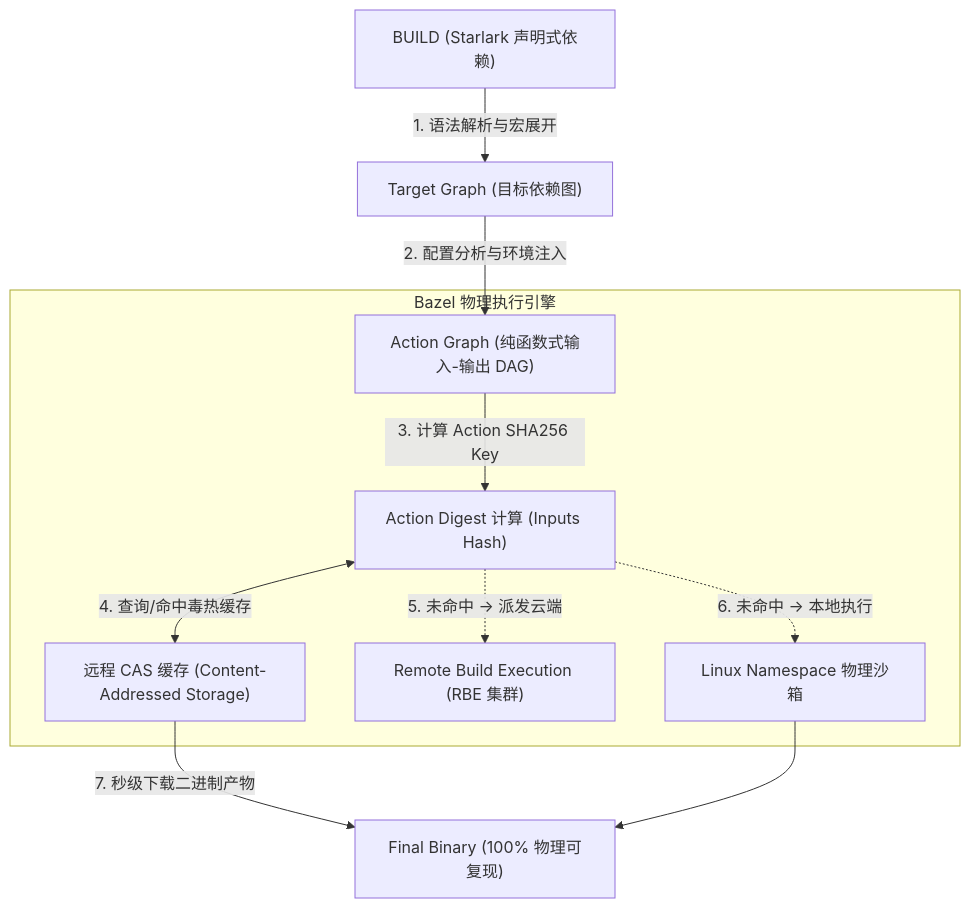
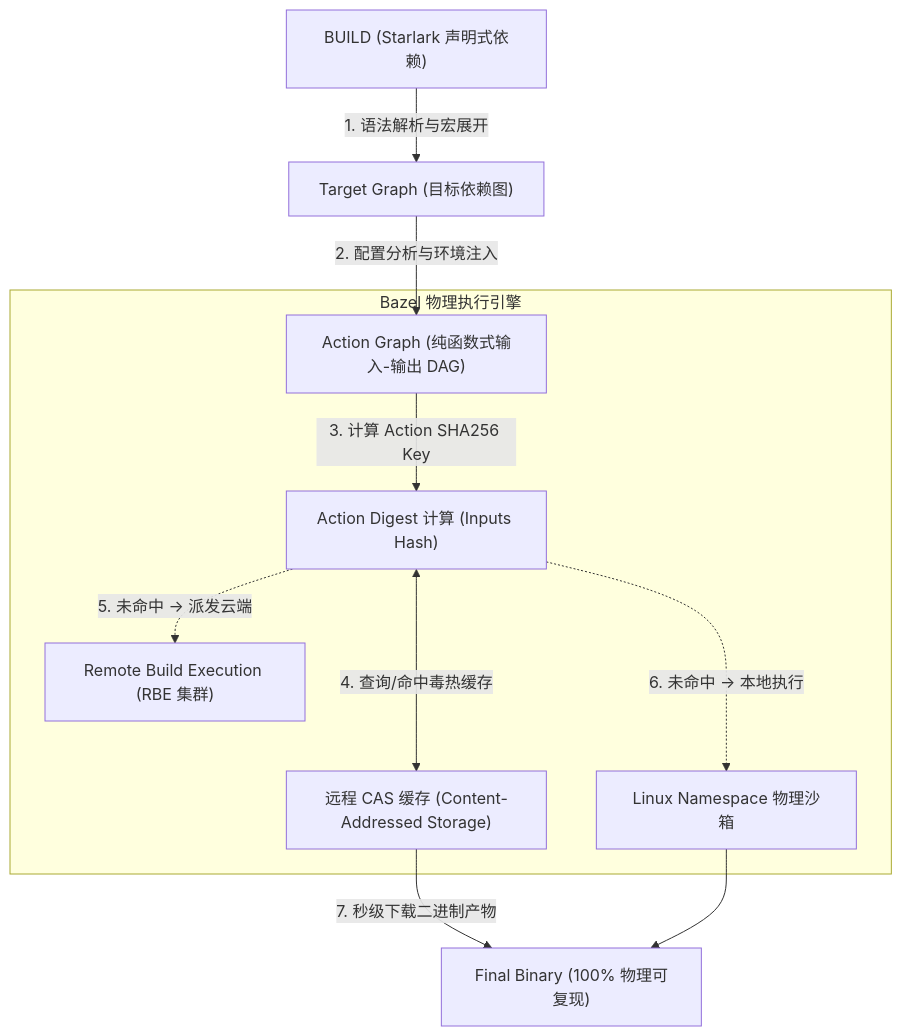
One commit to koosai/AI-Architect-Learning changed the first of 7 diagrams in docs/atlas/bazel.mdx. Above: the diagram before and after it, drawn with Mermaid. The commit also changed other lines of this file and 68 other files, not shown here.

Commit message:
fix(atlas): fix browser client-side Mermaid rendering for mindmaps and flowcharts across 67 case studies

````diff
--- a/docs/atlas/bazel.mdx
+++ b/docs/atlas/bazel.mdx
@@ -47,16 +47,16 @@
 ```mermaid
 graph TD
   BuildFile["BUILD (Starlark 声明式依赖)"] -->|1. 语法解析与宏展开| TargetGraph["Target Graph (目标依赖图)"]
   TargetGraph -->|2. 配置分析与环境注入| ActionGraph["Action Graph (纯函数式输入-输出 DAG)"]
   
   subgraph ExecutionEngine["Bazel 物理执行引擎"]
     ActionGraph -->|3. 计算 Action SHA256 Key| HashEngine["Action Digest 计算 (Inputs Hash)"]
-    HashEngine <-->|4. 查询/命中毒热缓存| RemoteCAS["远程 CAS 缓存 (Content-Addressed Storage)"]
+    HashEngine <--->|4. 查询/命中毒热缓存| RemoteCAS["远程 CAS 缓存 (Content-Addressed Storage)"]
     
     HashEngine -.->|5. 未命中 -> 派发云端| RBEWorkers["Remote Build Execution (RBE 集群)"]
     HashEngine -.->|6. 未命中 -> 本地执行| LocalSandbox["Linux Namespace 物理沙箱"]
   end
   
   RemoteCAS -->|7. 秒级下载二进制产物| OutputBin["Final Binary (100% 物理可复现)"]
   LocalSandbox --> OutputBin
 ```
````
